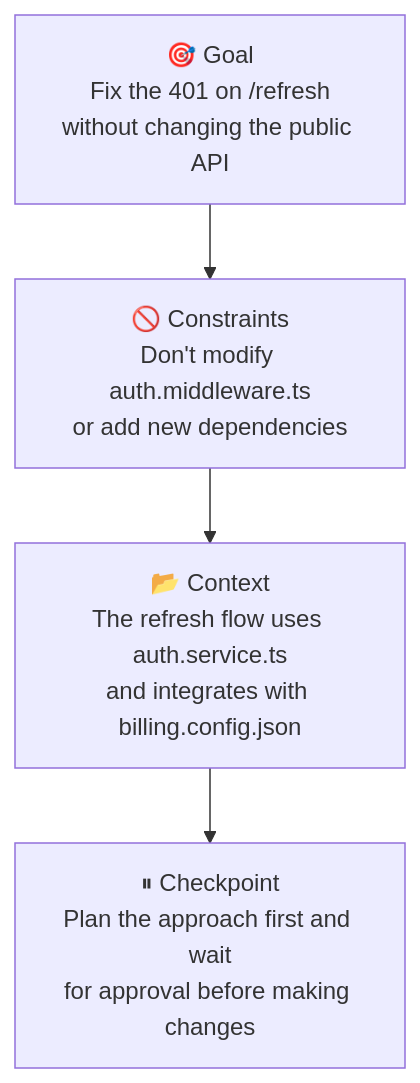
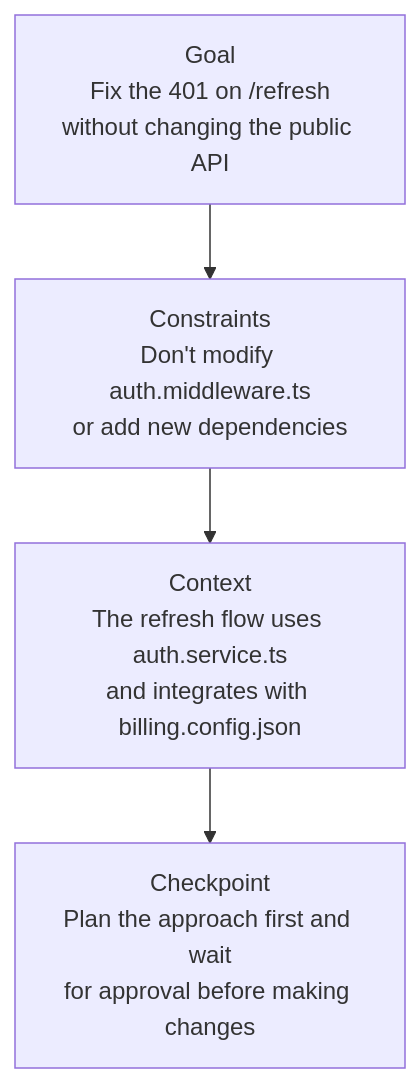
Before and after one commit to lurx/lurx-react: the first of 3 diagrams in apps/rotem-is-a-dev/src/app/content/posts/agentic-ai-development-from-zero-to-hero/part-3-prompting-context-control.md, drawn with Mermaid. The commit also changed other lines of this file and 5 other files, not shown here.

````diff
--- a/apps/rotem-is-a-dev/src/app/content/posts/agentic-ai-development-from-zero-to-hero/part-3-prompting-context-control.md
+++ b/apps/rotem-is-a-dev/src/app/content/posts/agentic-ai-development-from-zero-to-hero/part-3-prompting-context-control.md
@@ -53,9 +53,9 @@
 ```mermaid
 flowchart TD
-    Goal["🎯 Goal\nFix the 401 on /refresh\nwithout changing the public API"]
-    Constraints["🚫 Constraints\nDon't modify auth.middleware.ts\nor add new dependencies"]
-    Context["📂 Context\nThe refresh flow uses auth.service.ts\nand integrates with billing.config.json"]
-    Checkpoint["⏸ Checkpoint\nPlan the approach first and wait\nfor approval before making changes"]
+    Goal["Goal\nFix the 401 on /refresh\nwithout changing the public API"]
+    Constraints["Constraints\nDon't modify auth.middleware.ts\nor add new dependencies"]
+    Context["Context\nThe refresh flow uses auth.service.ts\nand integrates with billing.config.json"]
+    Checkpoint["Checkpoint\nPlan the approach first and wait\nfor approval before making changes"]
 
     Goal --> Constraints --> Context --> Checkpoint
 ```
````
